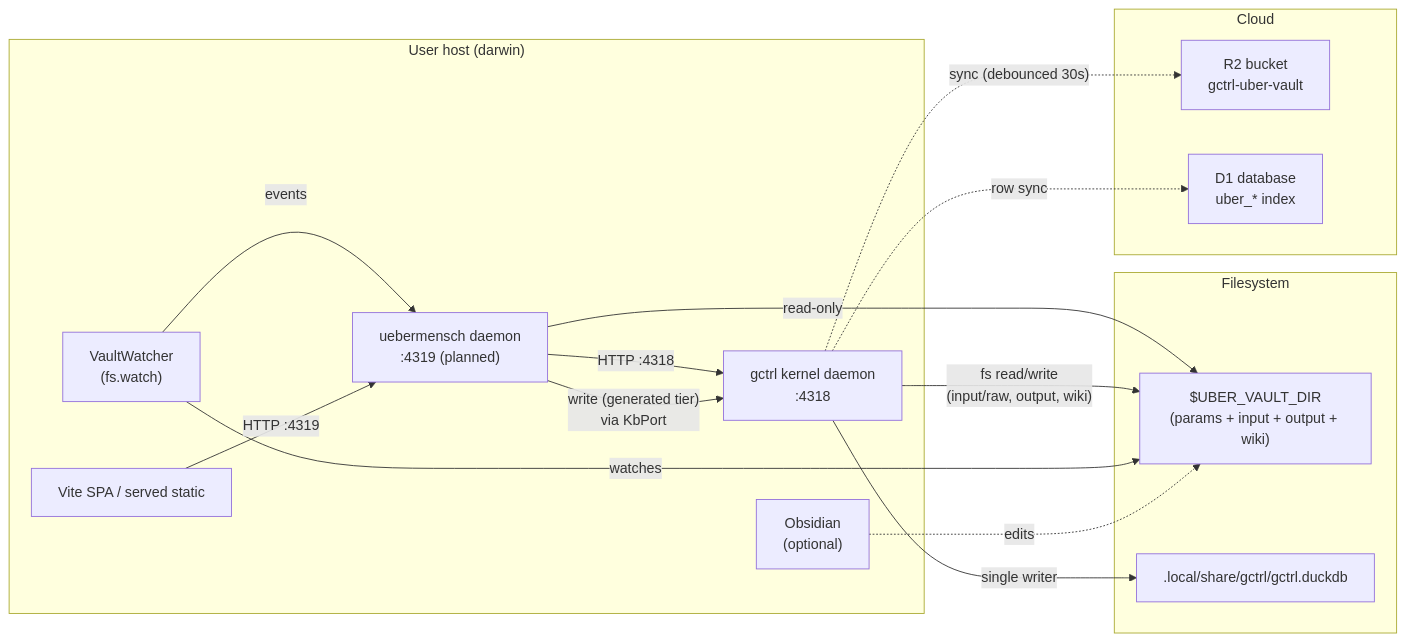
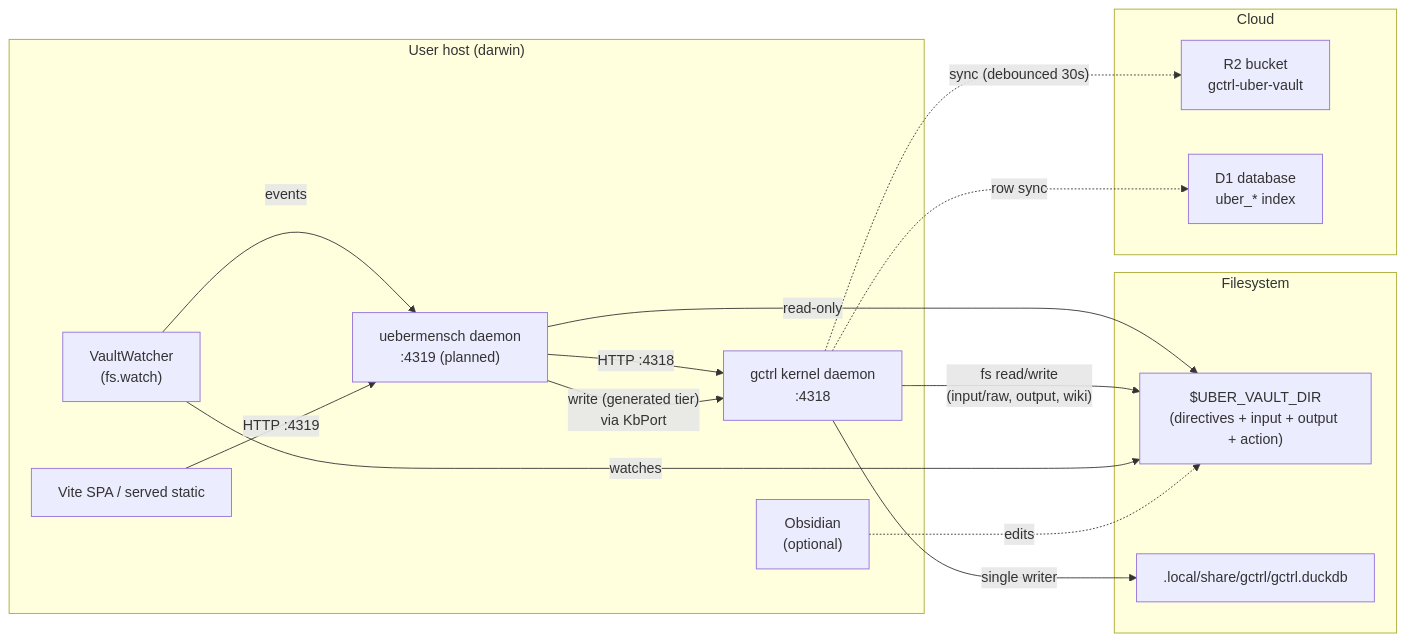
Before and after one commit to OpenHackersClub/gctrl: the second of 3 diagrams in apps/uebermensch/vault/specs/architecture.md, drawn with Mermaid. The commit also changed 3 other files, not shown here.

````diff
--- a/apps/uebermensch/vault/specs/architecture.md
+++ b/apps/uebermensch/vault/specs/architecture.md
@@ -93,29 +93,29 @@
 ```mermaid
 flowchart LR
   subgraph host["User host (darwin)"]
     kd["gctrl kernel daemon\n:4318"]
     ud["uebermensch daemon\n:4319 (planned)"]
     vw["VaultWatcher\n(fs.watch)"]
     ui["Vite SPA / served static"]
     obs["Obsidian\n(optional)"]
   end
   subgraph fs["Filesystem"]
-    vault["$UBER_VAULT_DIR\n(params + input + output + wiki)"]
+    vault["$UBER_VAULT_DIR\n(directives + input + output + action)"]
     duck[".local/share/gctrl/gctrl.duckdb"]
   end
   subgraph cloud["Cloud"]
     r2["R2 bucket\ngctrl-uber-vault"]
     d1["D1 database\nuber_* index"]
   end
   ud -->|"HTTP :4318"| kd
   ud -->|"read-only"| vault
   ud -->|"write (generated tier)\nvia KbPort"| kd
   kd -->|"fs read/write\n(input/raw, output, wiki)"| vault
   kd -->|"single writer"| duck
   kd -.->|"sync (debounced 30s)"| r2
   kd -.->|"row sync"| d1
   vw -->|"events"| ud
   vw -->|"watches"| vault
   obs -.->|"edits"| vault
   ui -->|"HTTP :4319"| ud
 ```
````
